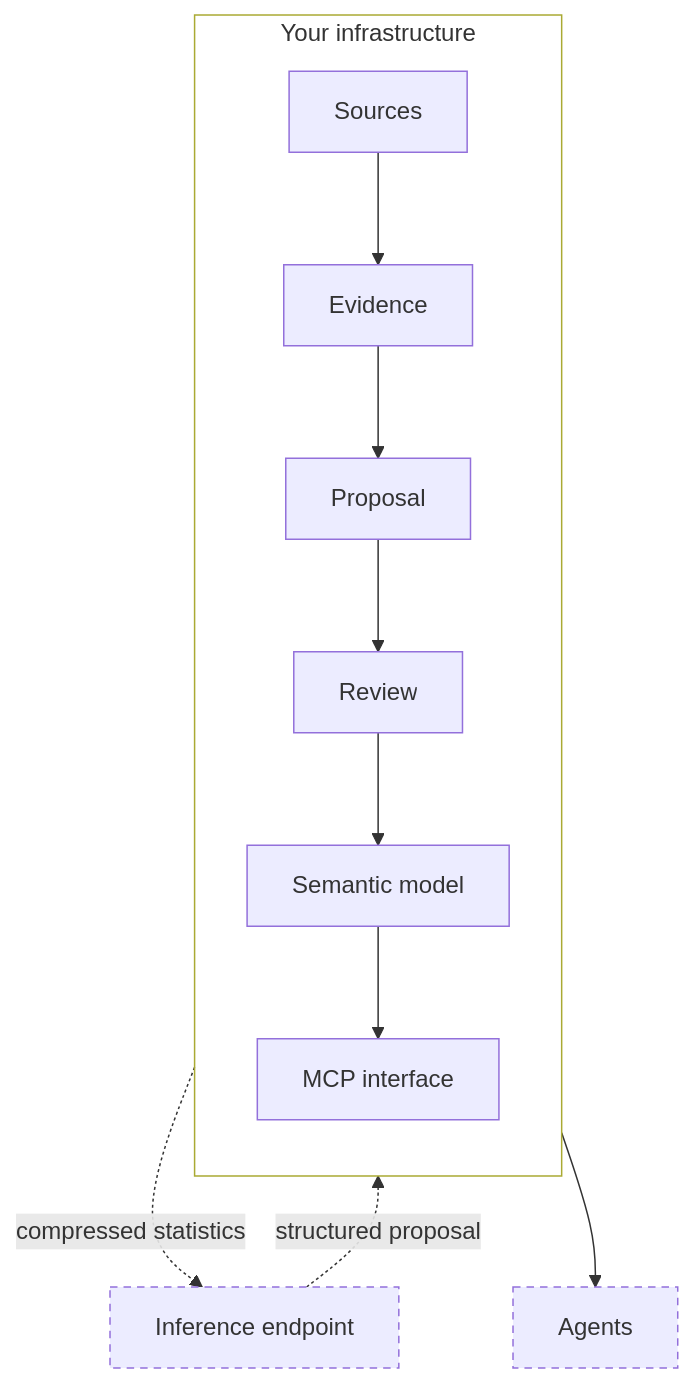
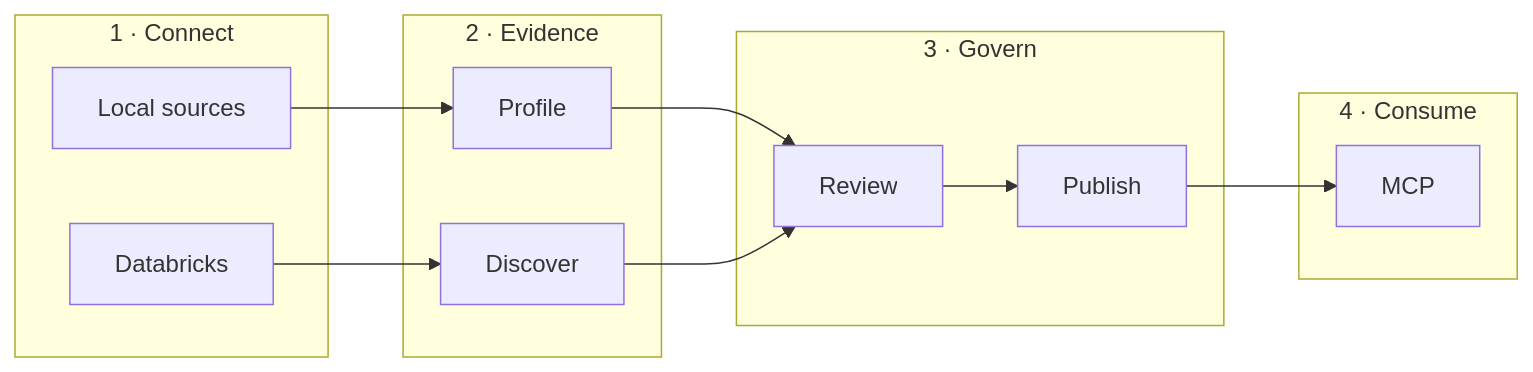
Before and after one commit to trybacked/anchor: the second of 2 diagrams in README.md, drawn with Mermaid. The commit also changed other lines of this file and 78 other files, not shown here.

````diff
--- a/README.md
+++ b/README.md
@@ -39,25 +66,27 @@
 ```mermaid
-flowchart TB
-    subgraph boundary["Your infrastructure"]
-        direction TB
-        sources["Sources"]
-        evidence["Evidence"]
-        proposal["Proposal"]
-        review["Review"]
-        model["Semantic model"]
-        mcp["MCP interface"]
+flowchart LR
+  subgraph connect["1 · Connect"]
+    files["Local sources"]
+    warehouse["Databricks"]
+  end
 
-        sources --> evidence --> proposal --> review --> model --> mcp
-    end
+  subgraph evidence["2 · Evidence"]
+    profile["Profile"]
+    discover["Discover"]
+  end
 
-    inference["Inference endpoint"]
-    agents["Agents"]
+  subgraph govern["3 · Govern"]
+    review["Review"]
+    publish["Publish"]
+  end
 
-    proposal -.->|compressed statistics| inference
-    inference -.->|structured proposal| proposal
-    mcp --> agents
+  subgraph consume["4 · Consume"]
+    mcp["MCP"]
+  end
 
-    classDef external stroke-dasharray: 5 4
-    class inference,agents external
-    style boundary fill:none
+  files --> profile
+  warehouse --> discover
+  profile --> review
+  discover --> review
+  review --> publish --> mcp
 ```
````
